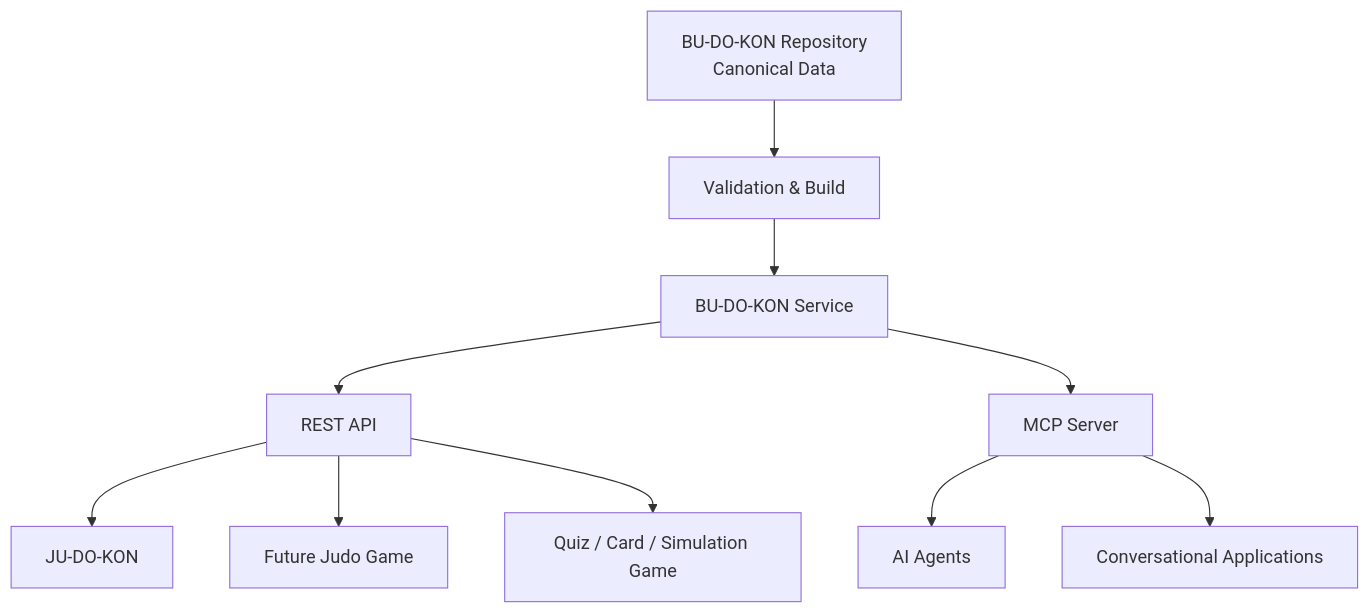
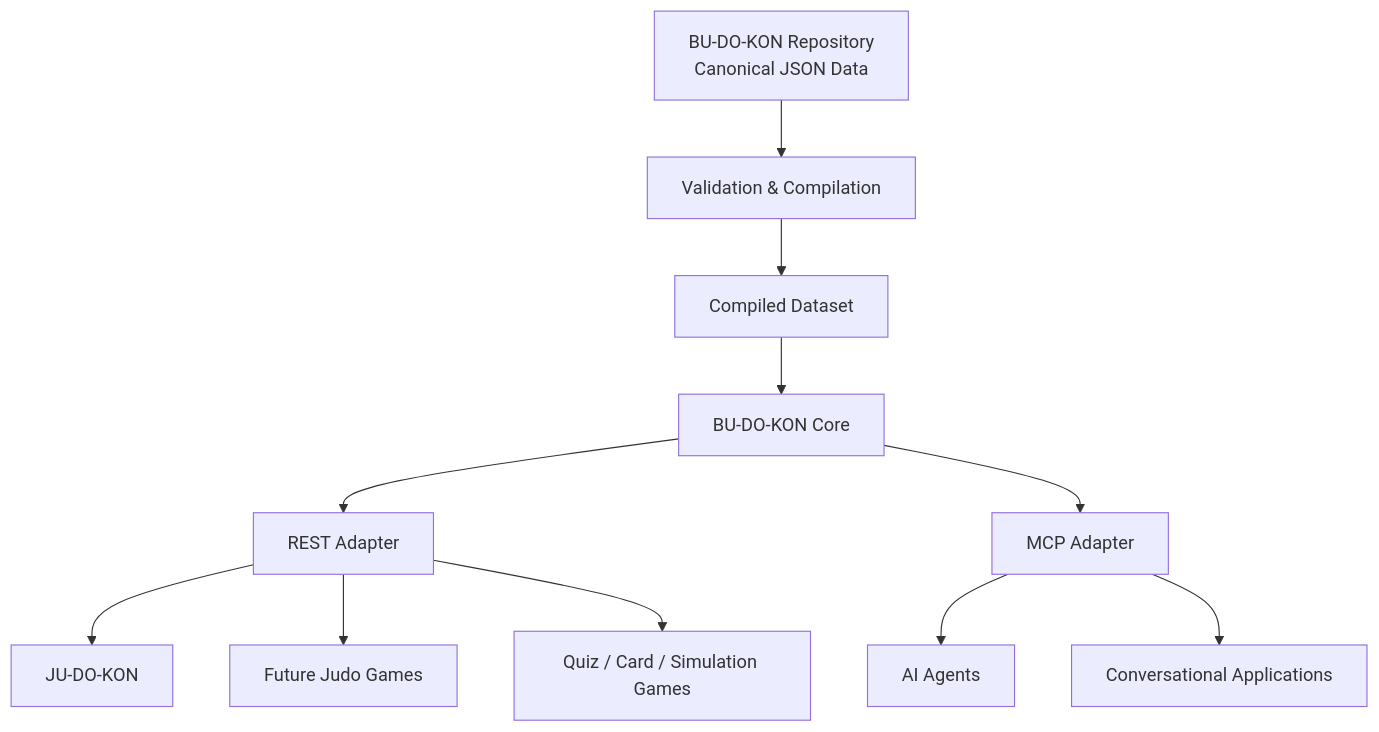
One commit to CyanAutomation/budokon changed the first of 5 diagrams in README.md. Above: the diagram before and after it, drawn with Mermaid. The commit also changed other lines of this file, not shown here.

First line of the commit message:
Revise README with architectural updates

````diff
--- a/README.md
+++ b/README.md
@@ -32,12 +38,15 @@
 ```mermaid
 flowchart TD
-    A[BU-DO-KON Repository<br/>Canonical Data] --> B[Validation & Build]
-    B --> C[BU-DO-KON Service]
-    C --> D[REST API]
-    C --> E[MCP Server]
-    D --> F[JU-DO-KON]
-    D --> G[Future Judo Game]
-    D --> H[Quiz / Card / Simulation Game]
-    E --> I[AI Agents]
-    E --> J[Conversational Applications]
+    A[BU-DO-KON Repository<br/>Canonical JSON Data] --> B[Validation & Compilation]
+    B --> C[Compiled Dataset]
+    C --> D[BU-DO-KON Core]
+    D --> E[REST Adapter]
+    D --> F[MCP Adapter]
+
+    E --> G[JU-DO-KON]
+    E --> H[Future Judo Games]
+    E --> I[Quiz / Card / Simulation Games]
+
+    F --> J[AI Agents]
+    F --> K[Conversational Applications]
 ```
````
